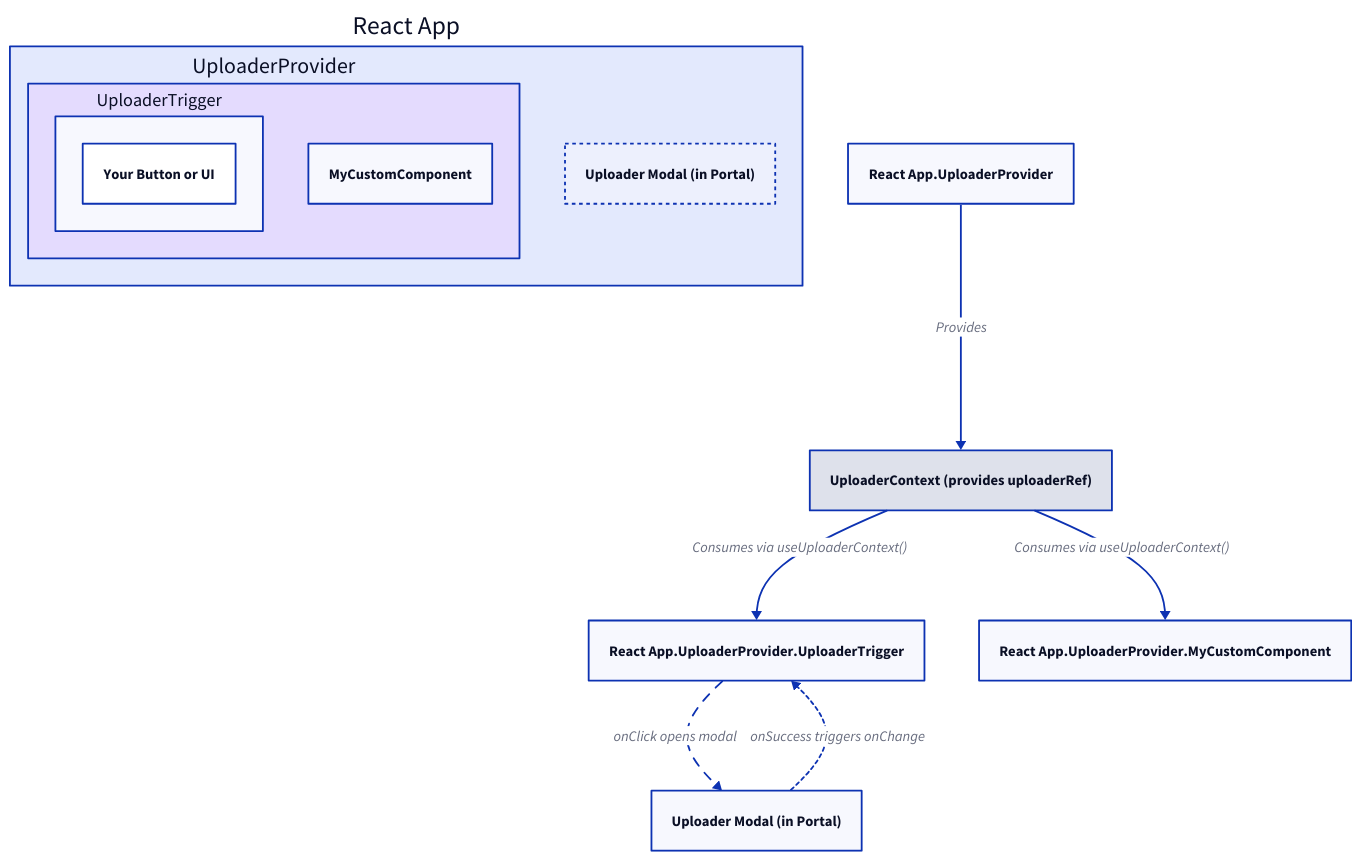
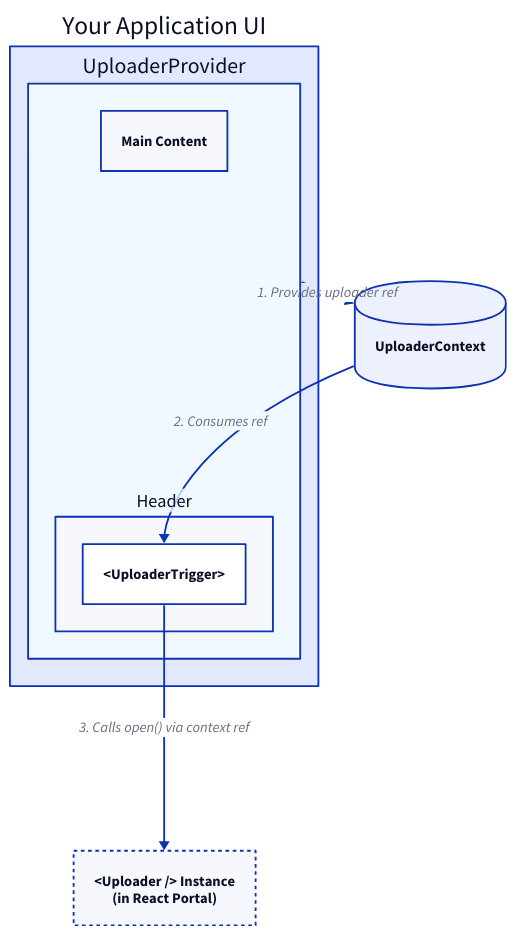
The diagram in .aigne/doc-smith/docs/api-reference-uploader-provider-hooks.md (blocklet/media-kit), drawn with D2 before and after one commit. The commit also changed other lines of this file and 27 other files, not shown here.

````diff
--- a/.aigne/doc-smith/docs/api-reference-uploader-provider-hooks.md
+++ b/.aigne/doc-smith/docs/api-reference-uploader-provider-hooks.md
@@ -7,33 +25,46 @@
 ```d2
 direction: down
 
-"React App": {
-  "UploaderProvider": {
-    style.fill: "#E4DBFE"
-    "UploaderTrigger": {
-      "Your Button or UI"
+app-ui: {
+  label: "Your Application UI"
+  shape: rectangle
+
+  uploader-provider: {
+    label: "UploaderProvider"
+    shape: rectangle
+    style.fill: "#f0f9ff"
+
+    header: {
+      label: "Header"
+      shape: rectangle
+
+      upload-button: {
+        label: "<UploaderTrigger>"
+        shape: rectangle
+      }
     }
-    "MyCustomComponent": {}
-  }
-  "Uploader Modal (in Portal)": {
-    style.stroke-dash: 2
+
+    main-content: {
+      label: "Main Content"
+      shape: rectangle
+    }
   }
 }
 
-Context: "UploaderContext (provides uploaderRef)" {
-  style.fill: "#DEE1EB"
+uploader-instance: {
+  label: "<Uploader /> Instance\n(in React Portal)"
+  shape: rectangle
+  style.stroke-dash: 2
 }
 
-"React App.UploaderProvider" -> Context: "Provides"
-Context -> "React App.UploaderProvider.UploaderTrigger": "Consumes via useUploaderContext()"
-Context -> "React App.UploaderProvider.MyCustomComponent": "Consumes via useUploaderContext()"
+app-ui.uploader-provider.header.upload-button -> uploader-instance: "3. Calls open() via context ref"
 
-"React App.UploaderProvider.UploaderTrigger" -> "Uploader Modal (in Portal)": "onClick opens modal" {
-  style.animated: true
+context: {
+  label: "UploaderContext"
+  shape: cylinder
 }
 
-"Uploader Modal (in Portal)" -> "React App.UploaderProvider.UploaderTrigger": "onSuccess triggers onChange" {
-  style.animated: true
-  style.stroke-dash: 2
-}
+app-ui.uploader-provider -> context: "1. Provides uploader ref"
+context -> app-ui.uploader-provider.header.upload-button: "2. Consumes ref"
+
 ```
````
